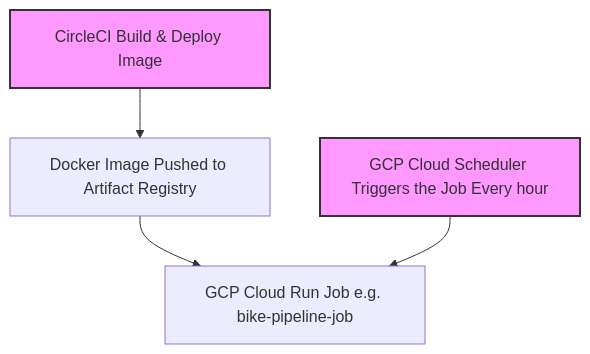
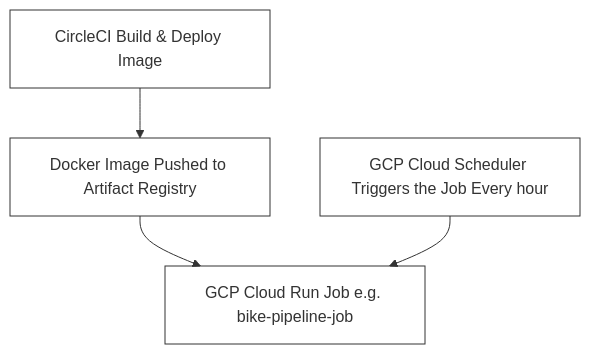
Before and after one commit to leandroohf/mlops: the diagram in bike_share_batch_prediction_simple/README.md, drawn with Mermaid.

````diff
--- a/bike_share_batch_prediction_simple/README.md
+++ b/bike_share_batch_prediction_simple/README.md
@@ -22,11 +22,13 @@
 ```mermaid
 flowchart TD
     A[CircleCI Build & Deploy Image] --> B[Docker Image Pushed to Artifact Registry]
     B --> C[GCP Cloud Run Job e.g. bike-pipeline-job]
     D[GCP Cloud Scheduler Triggers the Job Every hour] --> C
 
+    classDef trigger fill:transparent,stroke:#333,stroke-width:1px;
+
     A:::trigger
+    B:::trigger
+    C:::trigger
     D:::trigger
-
-    classDef trigger fill:#f9f,stroke:#333,stroke-width:2px;
 ```
````
